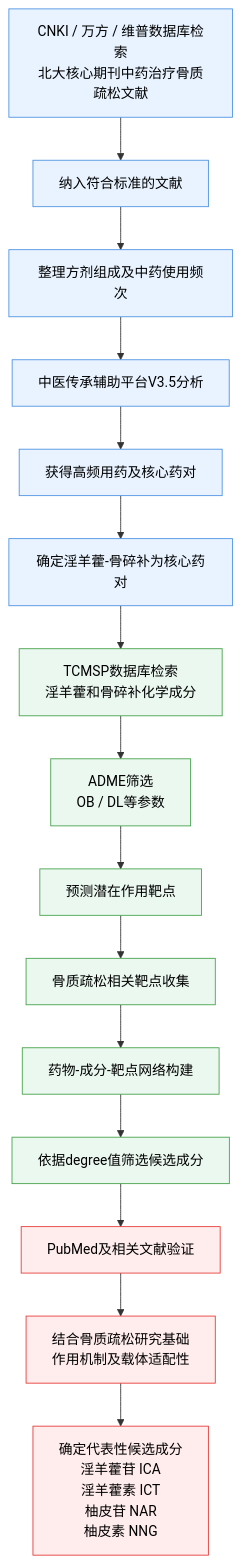
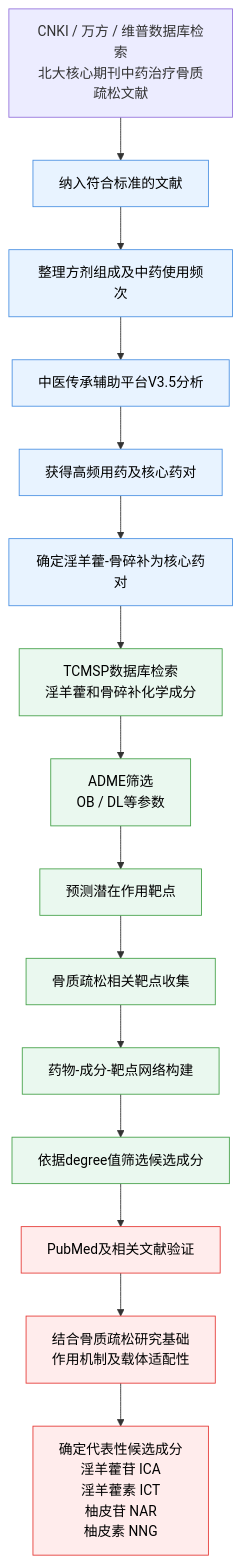
Before and after one commit to Yaotian99/iodraw-files: the diagram in all/未命名-1.md, drawn with Mermaid.

Commit message:
2026-06-24 08:53:50 update

````diff
--- a/all/未命名-1.md
+++ b/all/未命名-1.md
@@ -1,29 +1,29 @@
 ```mermaid
 graph TD
 
-A1[CNKI / 万方 / 维普数据库检索<br/>北大核心期刊中药治疗骨质疏松文献] --> A2[纳入符合标准的文献]
+A1id1[CNKI / 万方 / 维普数据库检索<br/>北大核心期刊中药治疗骨质疏松文献] --> A2[纳入符合标准的文献]
 A2 --> A3[整理方剂组成及中药使用频次]
 A3 --> A4[中医传承辅助平台V3.5分析]
 A4 --> A5[获得高频用药及核心药对]
 A5 --> A6[确定淫羊藿-骨碎补为核心药对]
 
 A6 --> B1[TCMSP数据库检索<br/>淫羊藿和骨碎补化学成分]
 B1 --> B2[ADME筛选<br/>OB / DL等参数]
 B2 --> B3[预测潜在作用靶点]
 B3 --> B4[骨质疏松相关靶点收集]
 B4 --> B5[药物-成分-靶点网络构建]
 B5 --> B6[依据degree值筛选候选成分]
 
 B6 --> C1[PubMed及相关文献验证]
 C1 --> C2[结合骨质疏松研究基础<br/>作用机制及载体适配性]
 C2 --> C3[确定代表性候选成分<br/>淫羊藿苷 ICA<br/>淫羊藿素 ICT<br/>柚皮苷 NAR<br/>柚皮素 NNG]
 
 classDef basis fill:#E8F3FF,stroke:#4A90E2,stroke-width:1px,color:#000;
 classDef network fill:#EAF8EF,stroke:#43A047,stroke-width:1px,color:#000;
 classDef result fill:#FFECEC,stroke:#E53935,stroke-width:1px,color:#000;
 
 class A1,A2,A3,A4,A5,A6 basis;
 class B1,B2,B3,B4,B5,B6 network;
 class C1,C2,C3 result;
   
 ```
````
